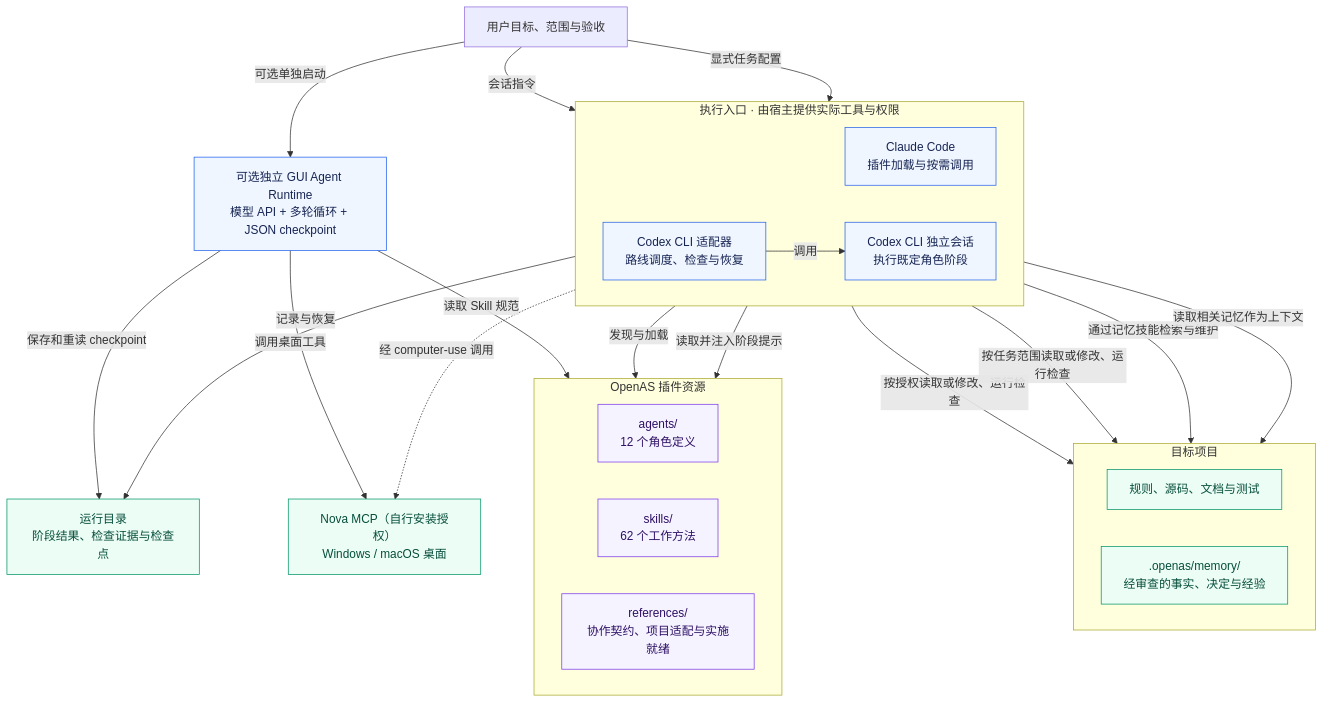
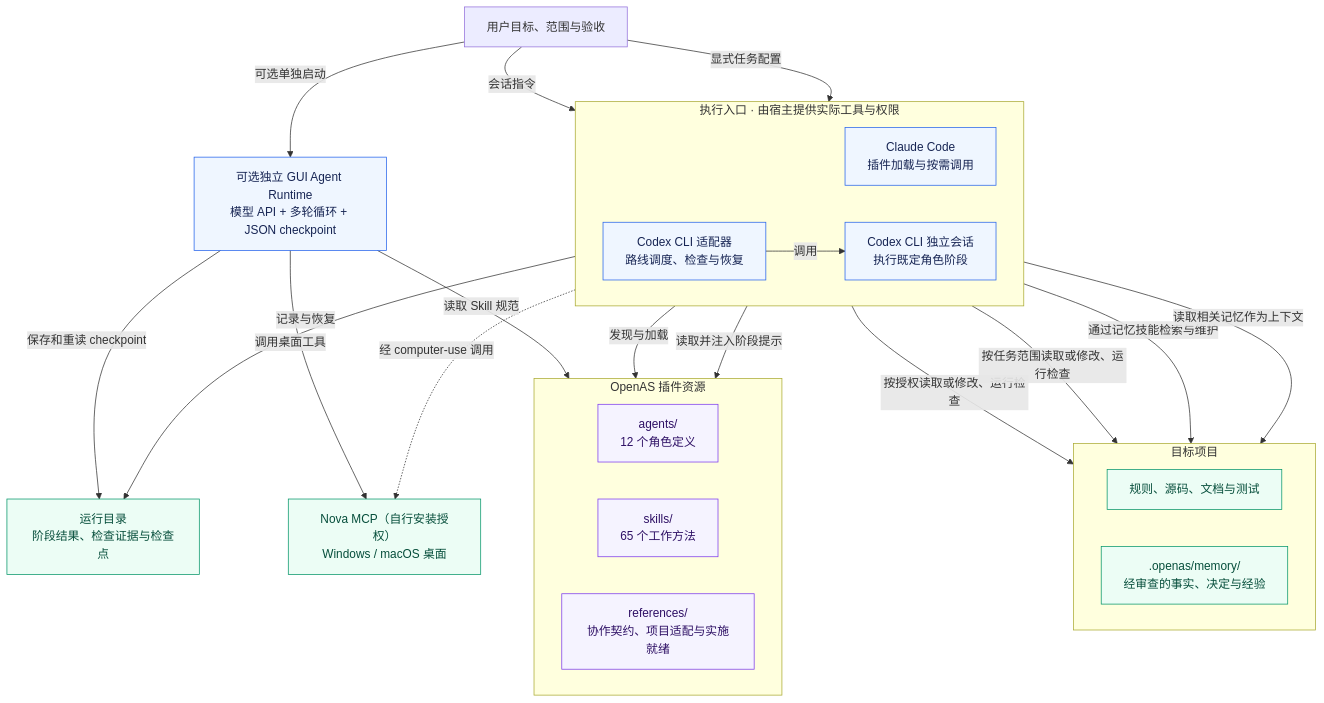
Before and after one commit to xiangguangxin/OpenAS: the second of 3 diagrams in README.md, drawn with Mermaid. The commit also changed other lines of this file and 33 other files, not shown here.

````diff
--- a/README.md
+++ b/README.md
@@ -389,51 +394,51 @@
 ```mermaid
 flowchart TB
     user["用户目标、范围与验收"]
 
     subgraph entry["执行入口 · 由宿主提供实际工具与权限"]
         direction LR
         claude["Claude Code<br/>插件加载与按需调用"]
         adapter["Codex CLI 适配器<br/>路线调度、检查与恢复"]
         sessions["Codex CLI 独立会话<br/>执行既定角色阶段"]
         adapter -->|调用| sessions
     end
 
     subgraph bundle["OpenAS 插件资源"]
         direction LR
         agents["agents/<br/>12 个角色定义"]
-        skills["skills/<br/>62 个工作方法"]
+        skills["skills/<br/>65 个工作方法"]
         contracts["references/<br/>协作契约、项目适配与实施就绪"]
     end
 
     subgraph target["目标项目"]
         direction LR
         repo["规则、源码、文档与测试"]
         memory[".openas/memory/<br/>经审查的事实、决定与经验"]
     end
 
     evidence["运行目录<br/>阶段结果、检查证据与检查点"]
     gui_runtime["可选独立 GUI Agent Runtime<br/>模型 API + 多轮循环 + JSON checkpoint"]
     nova["Nova MCP（自行安装授权）<br/>Windows / macOS 桌面"]
 
     user -->|会话指令| claude
     user -->|显式任务配置| adapter
     claude -->|发现与加载| bundle
     adapter -->|读取并注入阶段提示| bundle
     claude -->|按授权读取或修改、运行检查| repo
     sessions -->|按任务范围读取或修改、运行检查| repo
     claude -->|通过记忆技能检索与维护| memory
     adapter -->|读取相关记忆作为上下文| memory
     adapter -->|记录与恢复| evidence
     user -->|可选单独启动| gui_runtime
     gui_runtime -->|读取 Skill 规范| skills
     gui_runtime -->|保存和重读 checkpoint| evidence
     gui_runtime -->|调用桌面工具| nova
     claude -.->|经 computer-use 调用| nova
 
     classDef entryStyle fill:#eff6ff,stroke:#2563eb,color:#172554
     classDef resourceStyle fill:#f5f3ff,stroke:#7c3aed,color:#2e1065
     classDef dataStyle fill:#ecfdf5,stroke:#059669,color:#064e3b
     class claude,adapter,sessions,gui_runtime entryStyle
     class agents,skills,contracts resourceStyle
     class repo,memory,evidence,nova dataStyle
 ```
````
